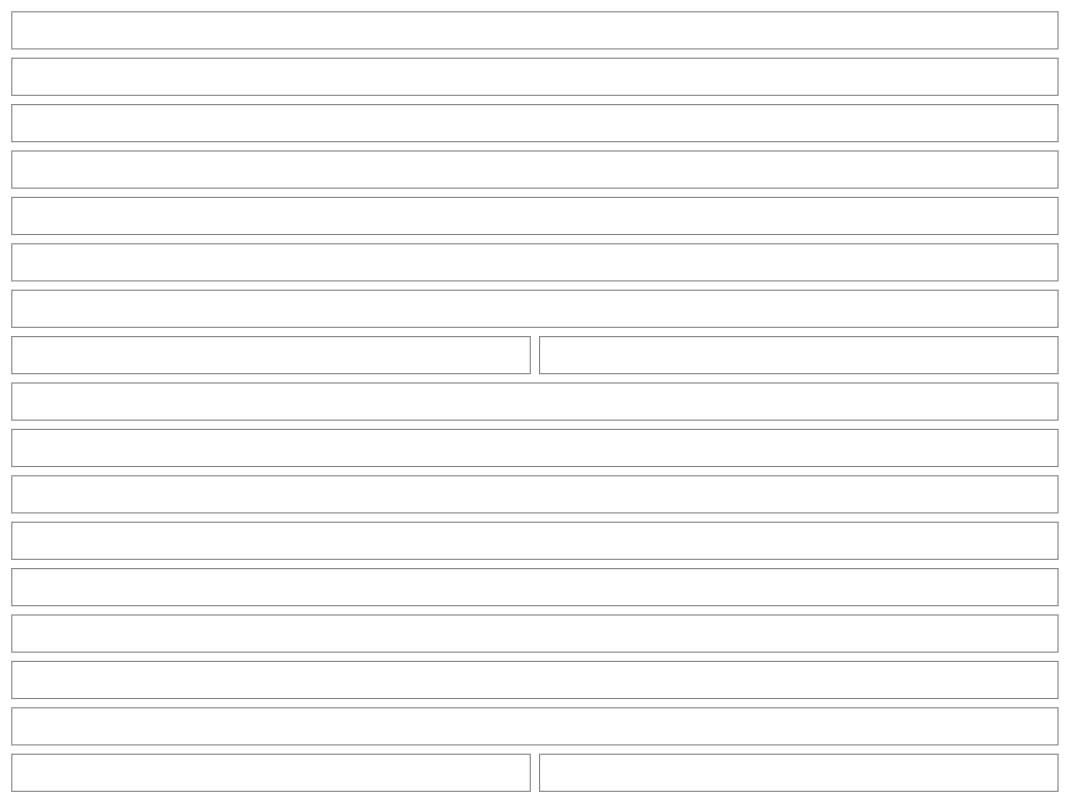
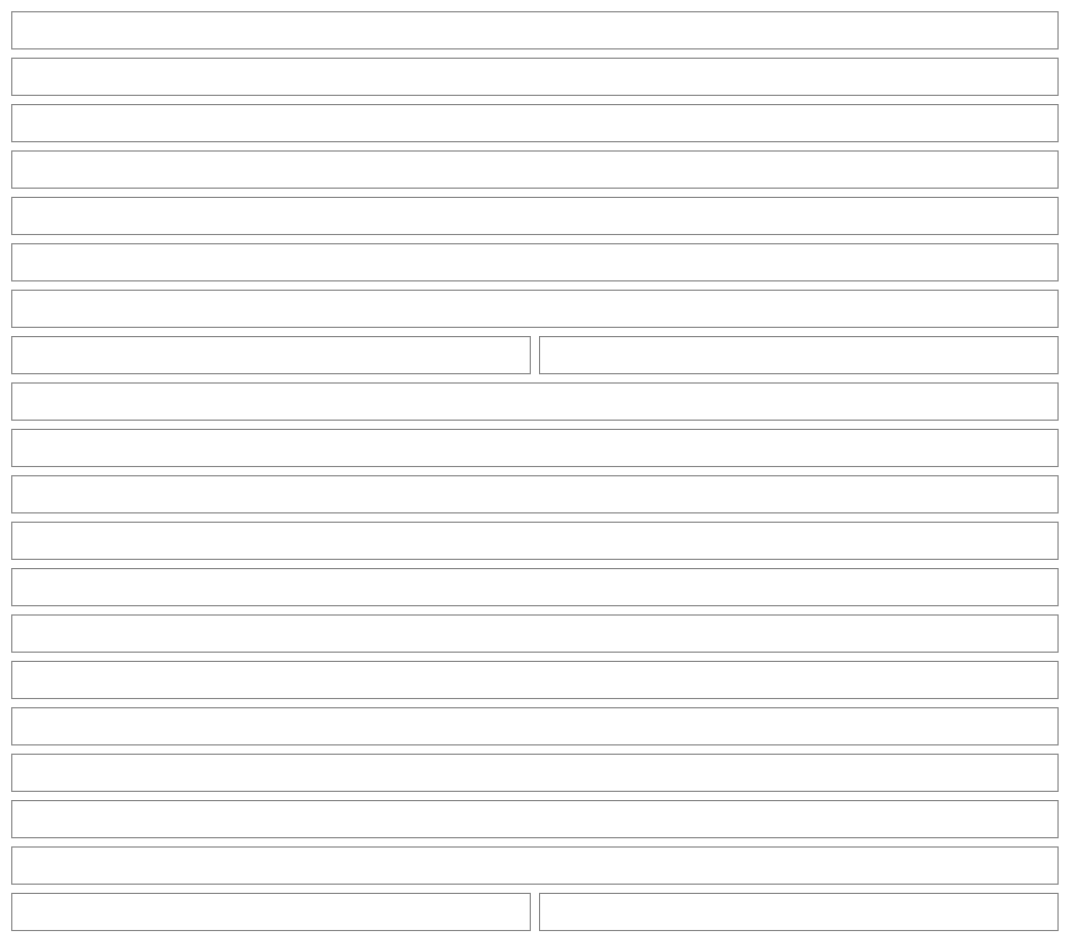
One commit to NovaMoonX/moondreams-dev-apps changed diagram 20 of 49 in src/apps/pinch/UX.md. Above: the diagram before and after it, drawn with Mermaid. The commit also changed other lines of this file and 8 other files, not shown here.

````diff
--- a/src/apps/pinch/UX.md
+++ b/src/apps/pinch/UX.md
@@ -653,43 +659,49 @@
 ```mermaid
 %%{init: {'theme': 'base', 'themeVariables': {'primaryColor': 'transparent', 'primaryBorderColor': '#888888', 'primaryTextColor': '#333333', 'lineColor': '#888888'}}}%%
 block-beta
   columns 2
   T1["Adobo chicken"]:2
   T2["🍽️ 4 servings · 🔪 Prep 10 min · ⏲️ Cook 35 min · 📖 From Serious Eats · ✏️ Last tweaked Oct 6 (only once a tweak exists)"]:2
   T3["🍳 Cooked 3 times · last Oct 12 (only once it has been cooked)"]:2
   T4["Cost $12.80 ⚠ · $3.20 per serving"]:2
   T5["🔥 495 · 💪 61g · 🌾 3g · 🥑 25g (when on)"]:2
   T6["2 ingredients need a price · Add prices   ✕"]:2
   T7["INGREDIENTS 6"]:2
   T8["Chicken thighs"]:1
   T9["2 lb"]:1
   T10["STEPS"]:2
   T11["1. Marinate the chicken…"]:2
+  C1["KEEPING IT (only when there is something to say)"]:2
+  C2["🧊 Keeps 3 days in the fridge · ❄️ Keeps 3 months in the freezer"]:2
+  C3["🔥 Reheat: warm it in a covered pan… · 💡 the tip, in your words"]:2
   N1["NOTES 3"]:2
   N2["Add a note · Something to remember next time"]:2
   N3["Oct 11 · Edit · After cooking on Oct 11 · Much better with less vinegar… (More)"]:2
   N4["Oct 6 · Tweak · Edit · You changed: White vinegar 0.5 → 0.25 cup · the why"]:2
   N5["Sep 30 · Edit · Mom says a splash of… · Written before your Oct 6 tweak"]:2
   N6["Show 7 more (past five entries, when more than three would hide)"]:2
   T12["Modify"]:1
   T13["Add to calendar"]:1
   style T1 fill:transparent,stroke:#888888,stroke-width:1px;
   style T2 fill:transparent,stroke:#888888,stroke-width:1px;
   style T3 fill:transparent,stroke:#888888,stroke-width:1px;
   style T4 fill:transparent,stroke:#888888,stroke-width:1px;
   style T5 fill:transparent,stroke:#888888,stroke-width:1px;
   style T6 fill:transparent,stroke:#888888,stroke-width:1px;
   style T7 fill:transparent,stroke:#888888,stroke-width:1px;
   style T8 fill:transparent,stroke:#888888,stroke-width:1px;
   style T9 fill:transparent,stroke:#888888,stroke-width:1px;
   style T10 fill:transparent,stroke:#888888,stroke-width:1px;
   style T11 fill:transparent,stroke:#888888,stroke-width:1px;
+  style C1 fill:transparent,stroke:#888888,stroke-width:1px;
+  style C2 fill:transparent,stroke:#888888,stroke-width:1px;
+  style C3 fill:transparent,stroke:#888888,stroke-width:1px;
   style T12 fill:transparent,stroke:#888888,stroke-width:1px;
   style T13 fill:transparent,stroke:#888888,stroke-width:1px;
   style N1 fill:transparent,stroke:#888888,stroke-width:1px;
   style N2 fill:transparent,stroke:#888888,stroke-width:1px;
   style N3 fill:transparent,stroke:#888888,stroke-width:1px;
   style N4 fill:transparent,stroke:#888888,stroke-width:1px;
   style N5 fill:transparent,stroke:#888888,stroke-width:1px;
   style N6 fill:transparent,stroke:#888888,stroke-width:1px;
 ```
````
